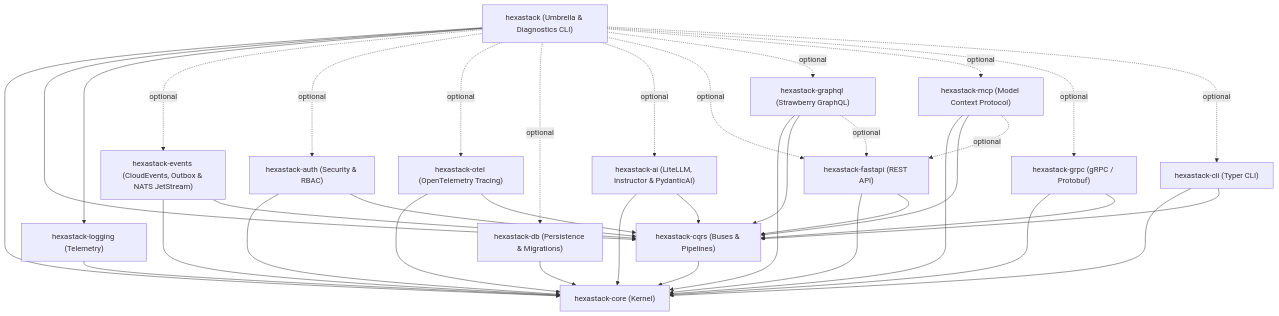
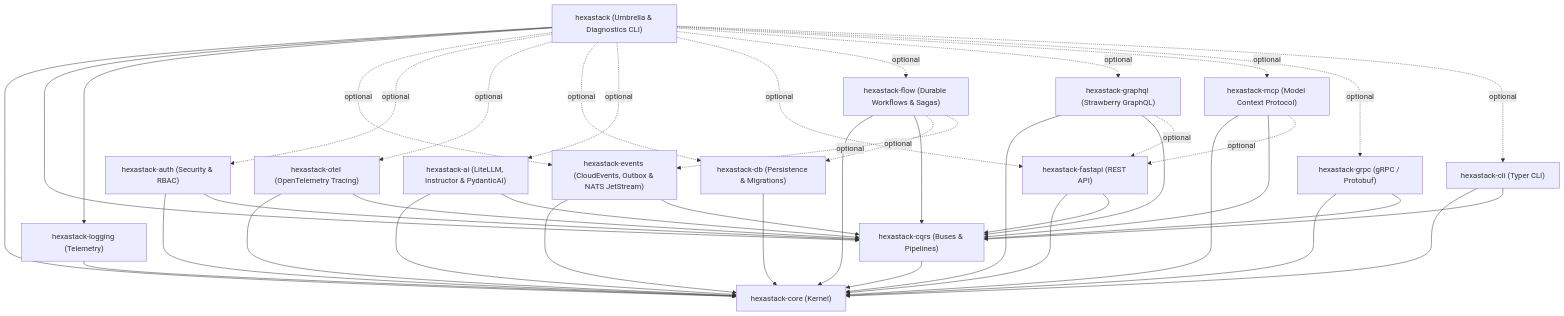
Before and after one commit to TheTrueSCU/hexastack: the second of 5 diagrams in README.md, drawn with Mermaid. The commit also changed other lines of this file and 72 other files, not shown here.

First line of the commit message:
feat(flow, cqrs): introduce hexastack-flow and consolidate distributed sagas into workflows (#139)

````diff
--- a/README.md
+++ b/README.md
@@ -108,56 +110,62 @@
 ```mermaid
 graph TD
     Umbrella["hexastack (Umbrella & Diagnostics CLI)"]
 
     AI["hexastack-ai (LiteLLM, Instructor & PydanticAI)"]
     Auth["hexastack-auth (Security & RBAC)"]
     CLI["hexastack-cli (Typer CLI)"]
     Core["hexastack-core (Kernel)"]
     CQRS["hexastack-cqrs (Buses & Pipelines)"]
     DB["hexastack-db (Persistence & Migrations)"]
     Events["hexastack-events (CloudEvents, Outbox & NATS JetStream)"]
     FastAPI["hexastack-fastapi (REST API)"]
+    Flow["hexastack-flow (Durable Workflows & Sagas)"]
     GraphQL["hexastack-graphql (Strawberry GraphQL)"]
     GRPC["hexastack-grpc (gRPC / Protobuf)"]
     Logging["hexastack-logging (Telemetry)"]
     MCP["hexastack-mcp (Model Context Protocol)"]
     Otel["hexastack-otel (OpenTelemetry Tracing)"]
 
     Umbrella --> Core
     Umbrella --> CQRS
     Umbrella --> Logging
     Umbrella -. optional .-> Events
     Umbrella -. optional .-> Auth
     Umbrella -. optional .-> Otel
     Umbrella -. optional .-> DB
     Umbrella -. optional .-> AI
     Umbrella -. optional .-> FastAPI
+    Umbrella -. optional .-> Flow
     Umbrella -. optional .-> GraphQL
     Umbrella -. optional .-> MCP
     Umbrella -. optional .-> GRPC
     Umbrella -. optional .-> CLI
 
     CQRS --> Core
     Events --> Core
     Events --> CQRS
+    Flow --> Core
+    Flow --> CQRS
+    Flow -. optional .-> DB
+    Flow -. optional .-> Events
     Logging --> Core
     Auth --> Core
     Auth --> CQRS
     Otel --> Core
     Otel --> CQRS
     DB --> Core
     AI --> Core
     AI --> CQRS
     FastAPI --> Core
     FastAPI --> CQRS
     GraphQL --> Core
     GraphQL --> CQRS
     GraphQL -. optional .-> FastAPI
     MCP --> Core
     MCP --> CQRS
     MCP -. optional .-> FastAPI
     GRPC --> Core
     GRPC --> CQRS
     CLI --> Core
     CLI --> CQRS
 ```
````
